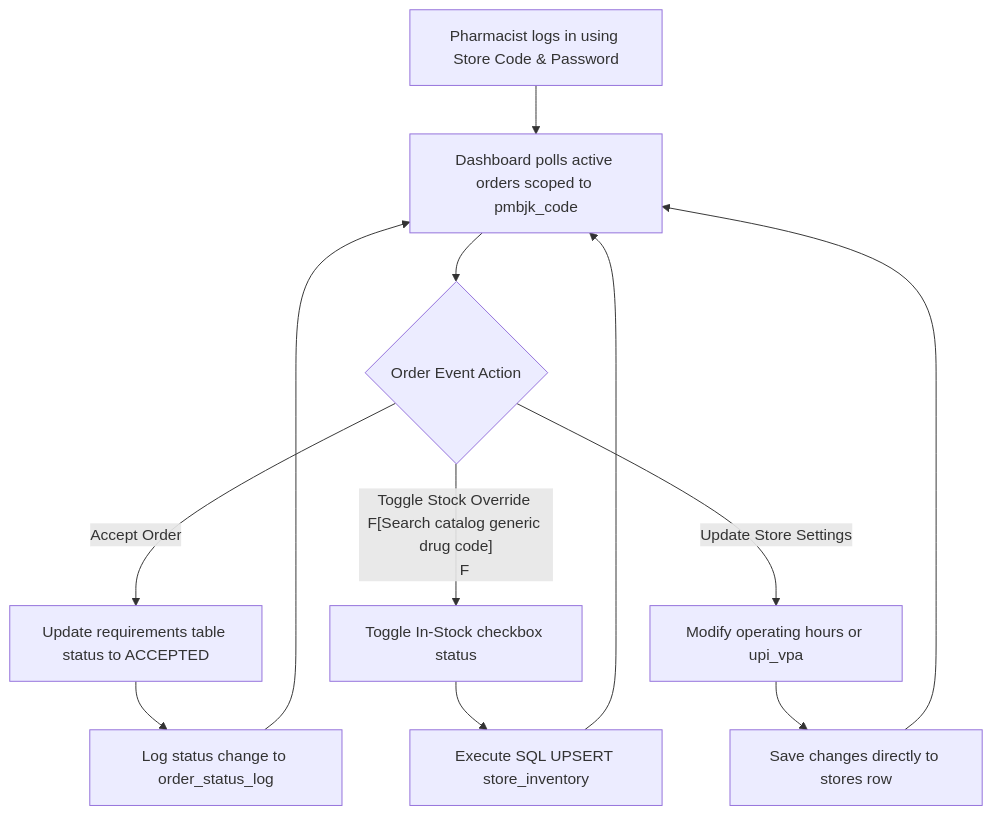
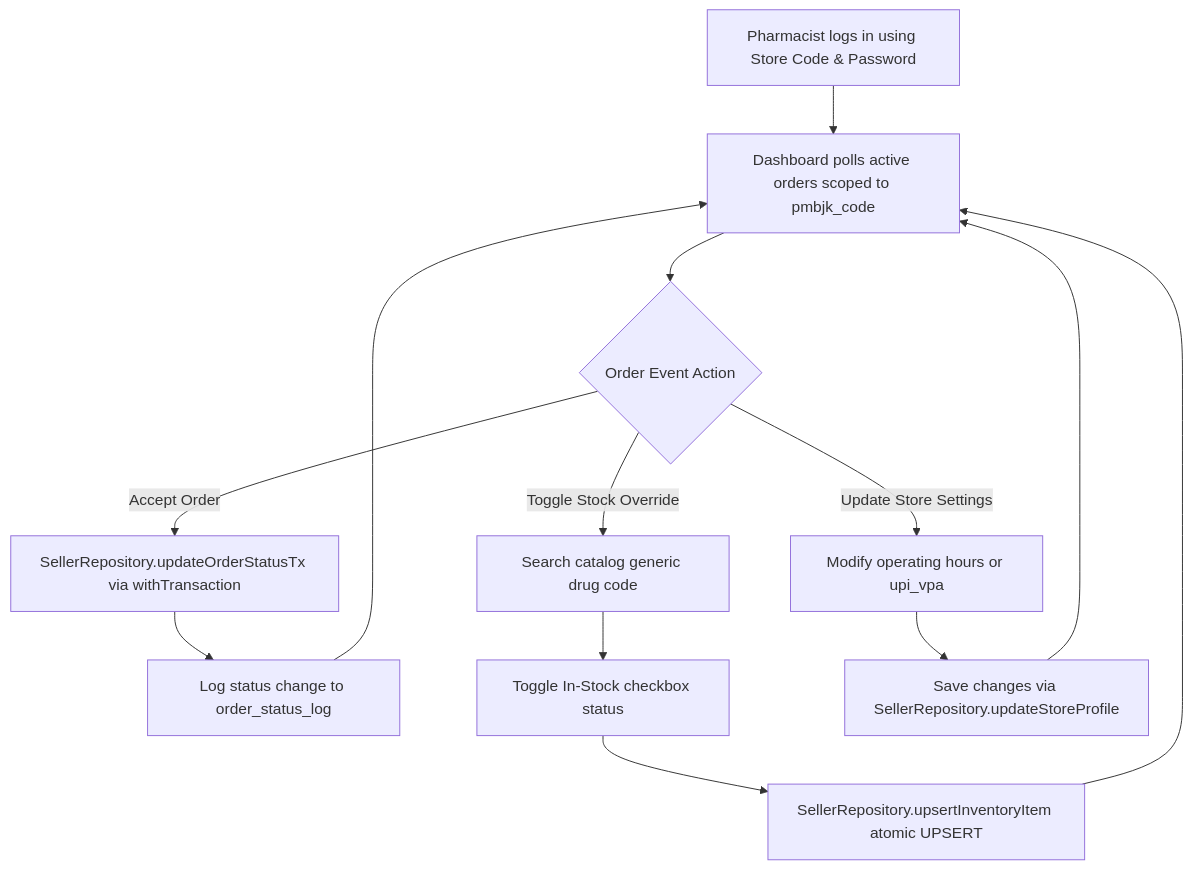
Before and after one commit to Pratham-The-Warrior/Jan-Aushadhi: the sixth of 6 diagrams in docs/workflow_doc.md, drawn with Mermaid. The commit also changed other lines of this file and 86 other files, not shown here.

````diff
--- a/docs/workflow_doc.md
+++ b/docs/workflow_doc.md
@@ -312,19 +312,19 @@
 ```mermaid
 flowchart TD
     A[Pharmacist logs in using Store Code & Password] --> B[Dashboard polls active orders scoped to pmbjk_code]
     
     B --> C{Order Event Action}
     
-    C -- Accept Order --> D[Update requirements table status to ACCEPTED]
+    C -- Accept Order --> D[SellerRepository.updateOrderStatusTx via withTransaction]
     D --> E[Log status change to order_status_log]
     E --> B
     
-    C -- Toggle Stock Override F[Search catalog generic drug code]
+    C -- Toggle Stock Override --> F[Search catalog generic drug code]
     F --> G[Toggle In-Stock checkbox status]
-    G --> H[Execute SQL UPSERT store_inventory]
+    G --> H[SellerRepository.upsertInventoryItem atomic UPSERT]
     H --> B
  
     C -- Update Store Settings --> I[Modify operating hours or upi_vpa]
-    I --> J[Save changes directly to stores row]
+    I --> J[Save changes via SellerRepository.updateStoreProfile]
     J --> B
 ```
````
